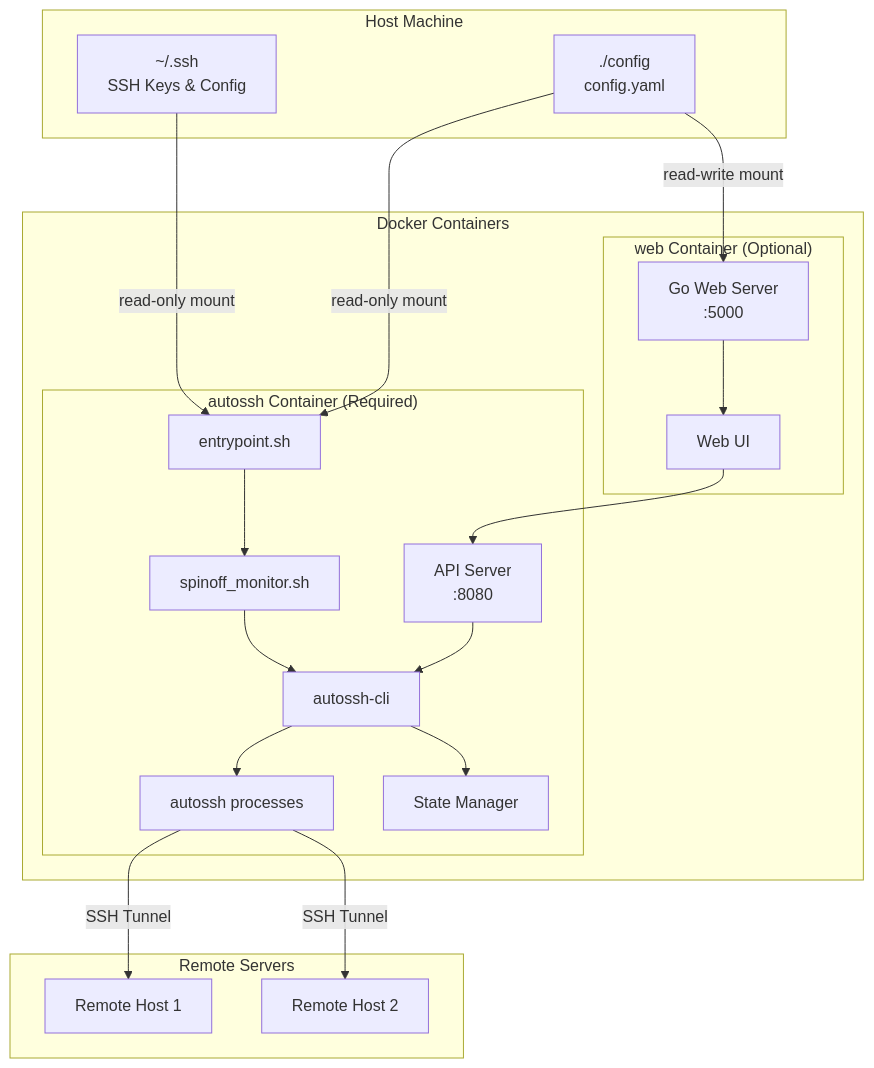
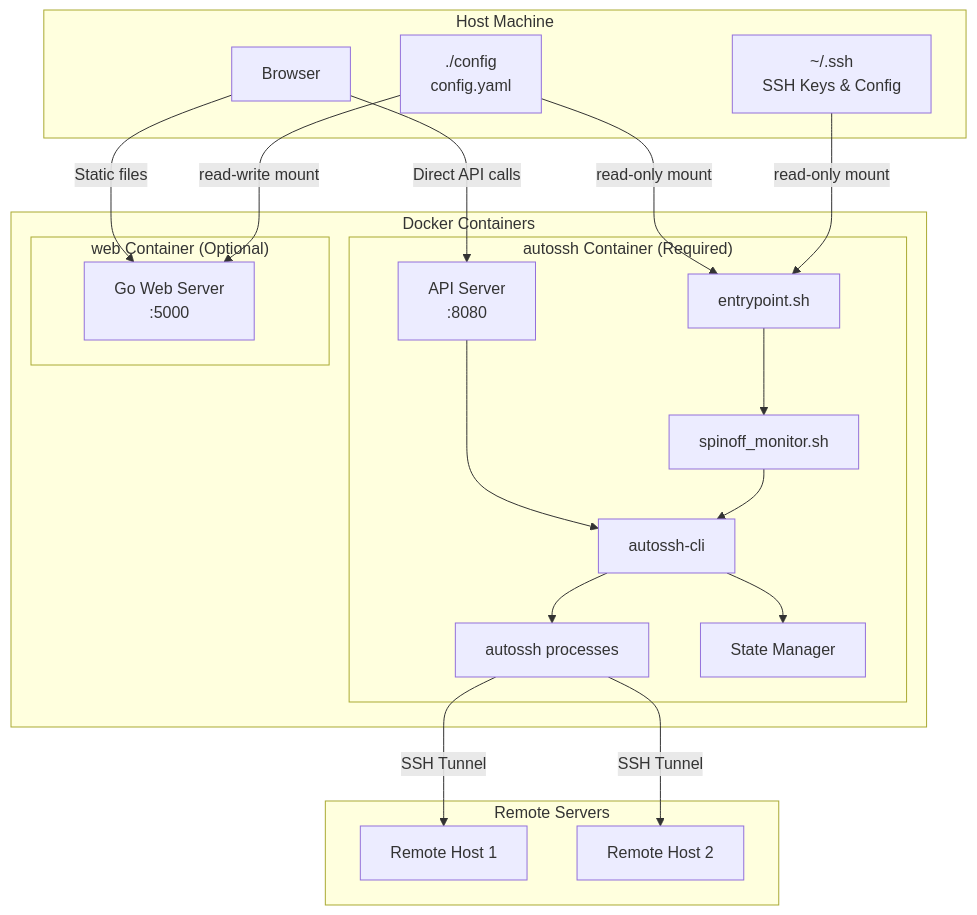
The first of 3 diagrams in docs/architecture.md (Oaklight/autossh-tunnel-dockerized), drawn with Mermaid before and after one commit. The commit also changed other lines of this file and 1 other file, not shown here.

First line of the commit message:
docs: update architecture and web-panel for direct API architecture

````diff
--- a/docs/architecture.md
+++ b/docs/architecture.md
@@ -15,44 +15,44 @@
 ```mermaid
 graph TB
     subgraph "Host Machine"
         SSH[~/.ssh<br/>SSH Keys & Config]
         CONFIG[./config<br/>config.yaml]
+        BROWSER[Browser]
     end
     
     subgraph "Docker Containers"
         subgraph "autossh Container (Required)"
             ENTRY[entrypoint.sh]
             MONITOR[spinoff_monitor.sh]
             CLI[autossh-cli]
             API[API Server<br/>:8080]
             AUTOSSH[autossh processes]
             STATE[State Manager]
         end
         
         subgraph "web Container (Optional)"
             WEBSERVER[Go Web Server<br/>:5000]
-            WEBUI[Web UI]
         end
     end
     
     subgraph "Remote Servers"
         REMOTE1[Remote Host 1]
         REMOTE2[Remote Host 2]
     end
     
     SSH -->|read-only mount| ENTRY
     CONFIG -->|read-only mount| ENTRY
     CONFIG -->|read-write mount| WEBSERVER
     
     ENTRY --> MONITOR
     MONITOR --> CLI
     CLI --> STATE
     CLI --> AUTOSSH
     API --> CLI
     
-    WEBUI --> API
-    WEBSERVER --> WEBUI
+    BROWSER -->|Static files| WEBSERVER
+    BROWSER -->|Direct API calls| API
     
     AUTOSSH -->|SSH Tunnel| REMOTE1
     AUTOSSH -->|SSH Tunnel| REMOTE2
 ```
````
